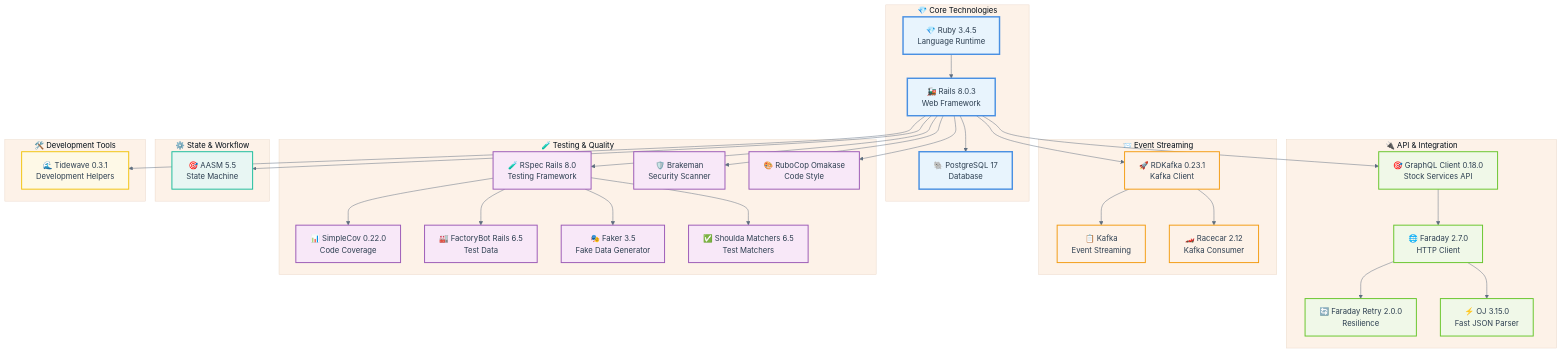
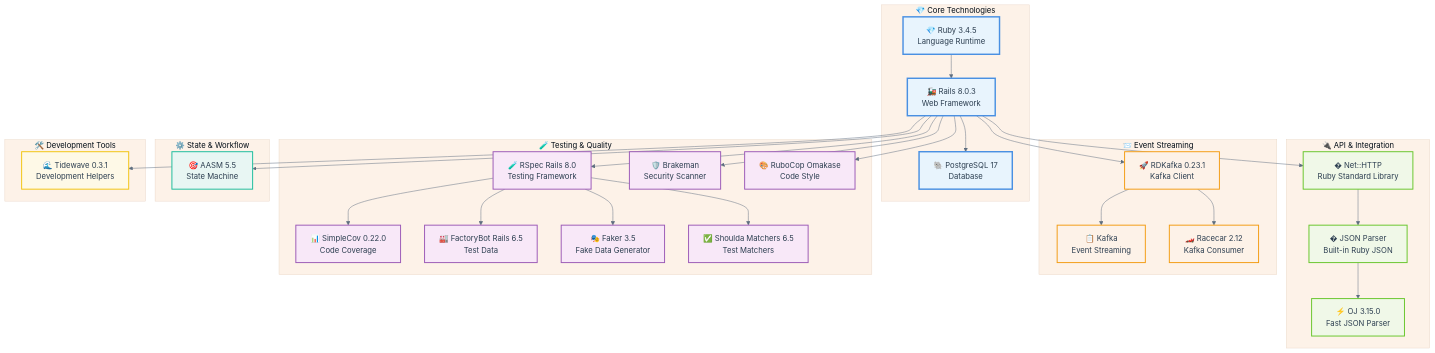
One commit to enogrob/project-qeevo-anubis changed the first of 6 diagrams in inputs/started-requirements.md. Above: the diagram before and after it, drawn with Mermaid. The commit also changed other lines of this file, not shown here.

```diff
--- a/inputs/started-requirements.md
+++ b/inputs/started-requirements.md
@@ -30,9 +30,8 @@
     end
     
     subgraph "🔌 API & Integration"
-        GQL[🎯 GraphQL Client 0.18.0<br/>Stock Services API]
-        FARADAY[🌐 Faraday 2.7.0<br/>HTTP Client]
-        RETRY[🔄 Faraday Retry 2.0.0<br/>Resilience]
+        HTTP[� Net::HTTP<br/>Ruby Standard Library]
+        JSON[� JSON Parser<br/>Built-in Ruby JSON]
         OJ[⚡ OJ 3.15.0<br/>Fast JSON Parser]
     end
     
@@ -65,10 +64,9 @@
     RAILS --> PG
     
     %% API Integration Flow
-    RAILS --> GQL
-    GQL --> FARADAY
-    FARADAY --> RETRY
-    FARADAY --> OJ
+    RAILS --> HTTP
+    HTTP --> JSON
+    JSON --> OJ
     
     %% Event Streaming Flow
     RAILS --> RDKAFKA
@@ -103,7 +101,7 @@
     classDef infraStyle fill:#EBF5FB,stroke:#3498DB,stroke-width:2px
     
     class RUBY,RAILS,PG coreStyle
-    class GQL,FARADAY,RETRY,OJ apiStyle
+    class HTTP,JSON,OJ apiStyle
     class KAFKA,RDKAFKA,RACECAR eventStyle
     class RSPEC,SIMPLECOV,FACTORY,FAKER,SHOULDA,BRAKEMAN,RUBOCOP testStyle
     class AASM stateStyle
```
